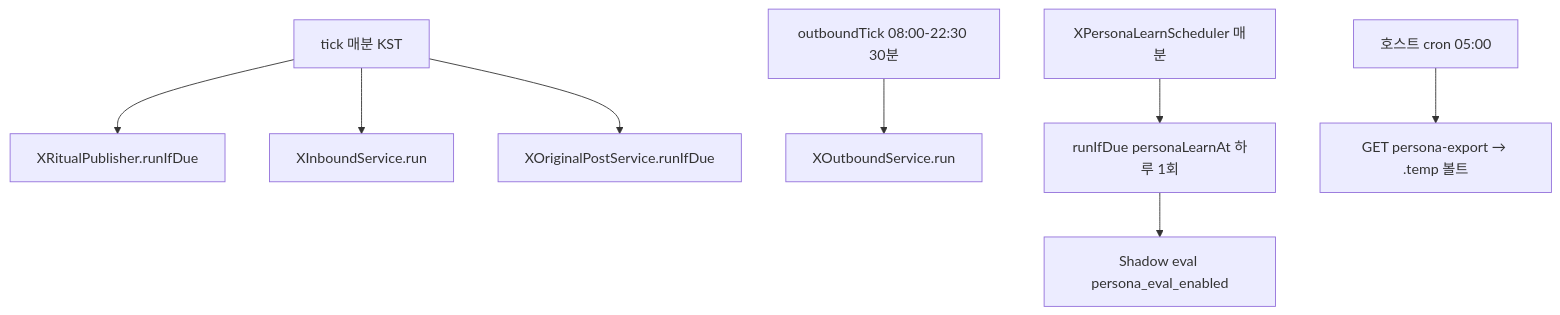
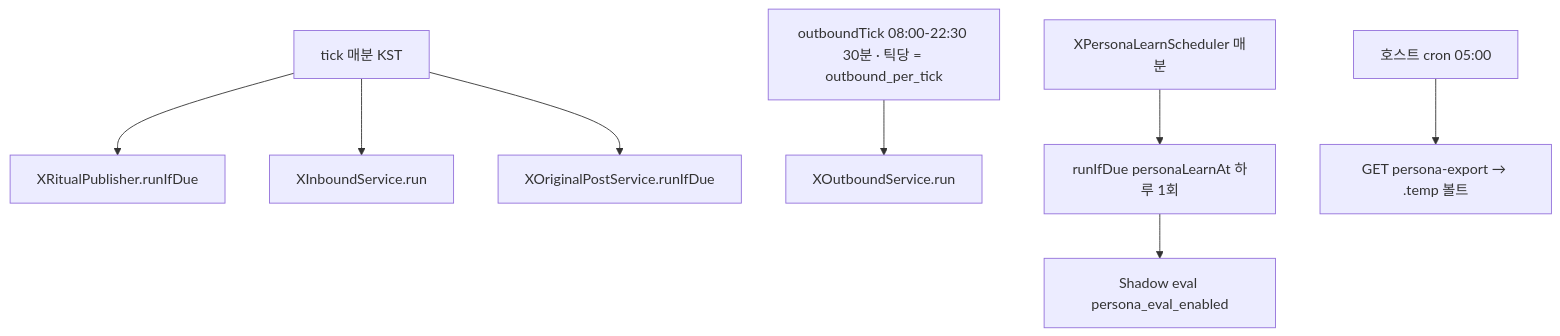
One commit to Justant-source/Again-Spring changed the diagram in docs/shared/marketing/70-policy/justant-bot-x-ops.md. Above: the diagram before and after it, drawn with Mermaid. The commit also changed other lines of this file and 13 other files, not shown here.

````diff
--- a/docs/shared/marketing/70-policy/justant-bot-x-ops.md
+++ b/docs/shared/marketing/70-policy/justant-bot-x-ops.md
@@ -72,10 +74,10 @@
 ```mermaid
 flowchart TD
   tick["tick 매분 KST"] --> ritual["XRitualPublisher.runIfDue"]
   tick --> inbound["XInboundService.run"]
   tick --> original["XOriginalPostService.runIfDue"]
-  outTick["outboundTick 08:00-22:30 30분"] --> outbound["XOutboundService.run"]
+  outTick["outboundTick 08:00-22:30 30분 · 틱당 = outbound_per_tick"] --> outbound["XOutboundService.run"]
   learnTick["XPersonaLearnScheduler 매분"] --> learn["runIfDue personaLearnAt 하루 1회"]
   learn --> eval["Shadow eval persona_eval_enabled"]
   vaultCron["호스트 cron 05:00"] --> export["GET persona-export → .temp 볼트"]
 ```
````
